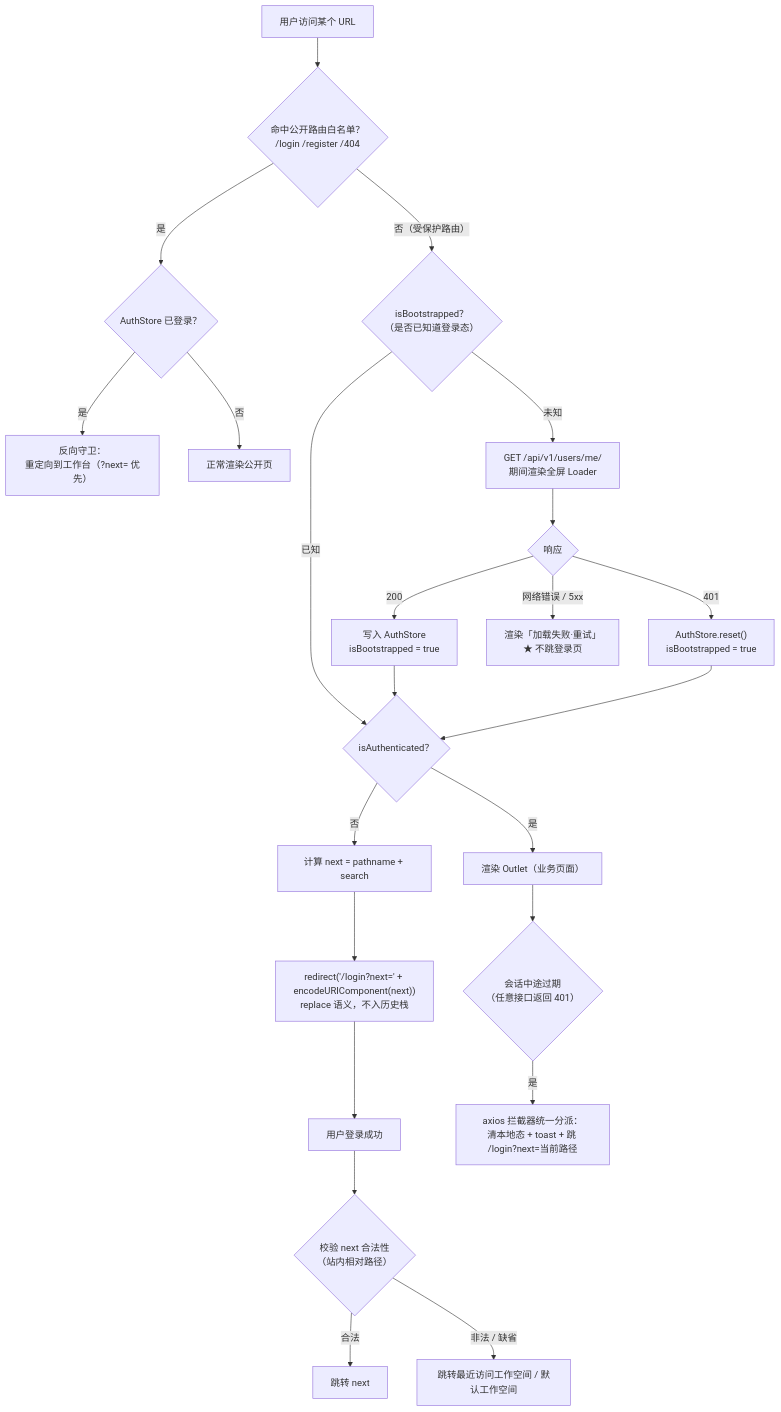
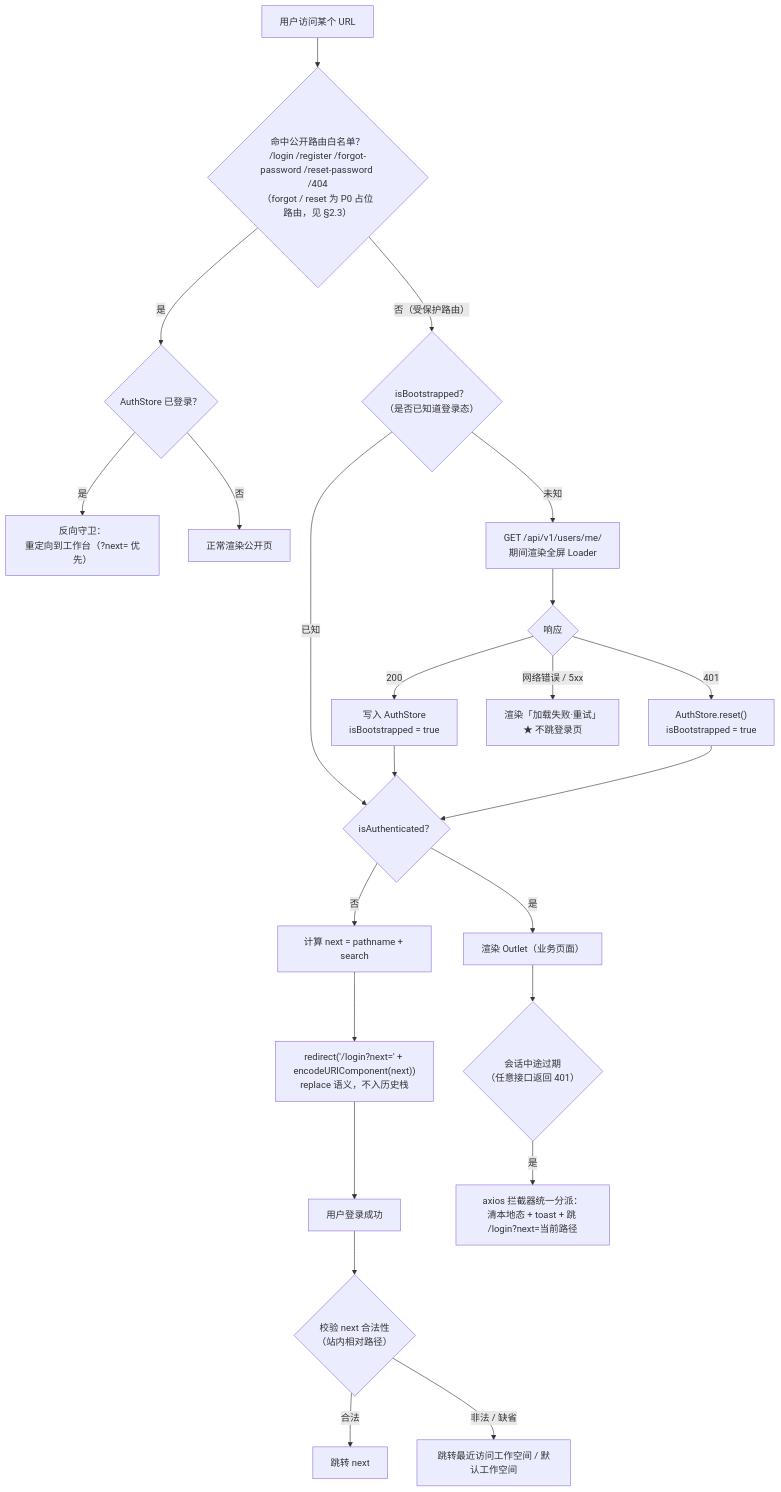
Before and after one commit to RabbitAI-Lab/RabbitProjects: the first of 3 diagrams in docs/sprint-0-poc/AUTH-002-route-guard.md, drawn with Mermaid. The commit also changed other lines of this file and 86 other files, not shown here.

````diff
--- a/docs/sprint-0-poc/AUTH-002-route-guard.md
+++ b/docs/sprint-0-poc/AUTH-002-route-guard.md
@@ -78,25 +79,25 @@
 ```mermaid
 flowchart TD
-    A["用户访问某个 URL"] --> B{"命中公开路由白名单？<br/>/login /register /404"}
+    A["用户访问某个 URL"] --> B{"命中公开路由白名单？<br/>/login /register /forgot-password /reset-password /404<br/>（forgot / reset 为 P0 占位路由，见 §2.3）"}
     B -- 是 --> B1{"AuthStore 已登录？"}
     B1 -- 是 --> B2["反向守卫：<br/>重定向到工作台（?next= 优先）"]
     B1 -- 否 --> B3["正常渲染公开页"]
     B -- 否（受保护路由） --> C{"isBootstrapped？<br/>（是否已知道登录态）"}
     C -- 未知 --> D["GET /api/v1/users/me/<br/>期间渲染全屏 Loader"]
     D --> D1{"响应"}
     D1 -- "200" --> E["写入 AuthStore<br/>isBootstrapped = true"]
     D1 -- "401" --> F["AuthStore.reset()<br/>isBootstrapped = true"]
     D1 -- "网络错误 / 5xx" --> D2["渲染「加载失败·重试」<br/>★ 不跳登录页"]
     C -- 已知 --> E2{"isAuthenticated？"}
     E --> E2
     F --> E2
     E2 -- 是 --> G["渲染 Outlet（业务页面）"]
     E2 -- 否 --> H["计算 next = pathname + search"]
     H --> I["redirect('/login?next=' + encodeURIComponent(next))<br/>replace 语义，不入历史栈"]
     I --> J["用户登录成功"]
     J --> K{"校验 next 合法性<br/>（站内相对路径）"}
     K -- 合法 --> L["跳转 next"]
     K -- 非法 / 缺省 --> M["跳转最近访问工作空间 / 默认工作空间"]
     G --> N{"会话中途过期<br/>（任意接口返回 401）"}
     N -- 是 --> O["axios 拦截器统一分派：<br/>清本地态 + toast + 跳 /login?next=当前路径"]
 ```
````
